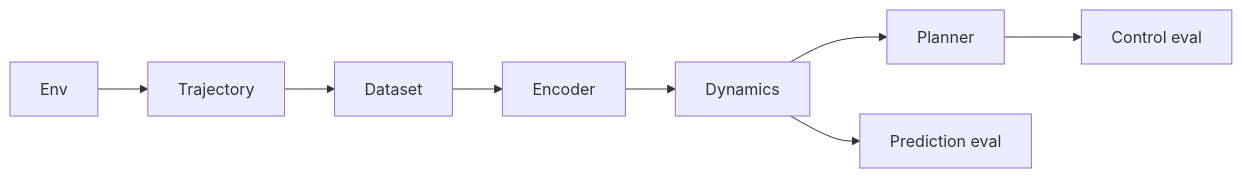
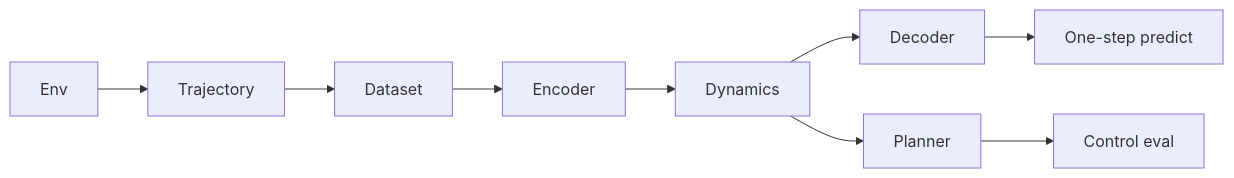
The diagram in docs/architecture.md (shehbaz0101/worldforge), drawn with Mermaid before and after one commit. The commit also changed other lines of this file and 18 other files, not shown here.

````diff
--- a/docs/architecture.md
+++ b/docs/architecture.md
@@ -12,10 +12,11 @@
 ```mermaid
 flowchart LR
   env[Env] --> traj[Trajectory]
   traj --> dataset[Dataset]
   dataset --> encoder[Encoder]
   encoder --> dynamics[Dynamics]
+  dynamics --> decoder[Decoder]
+  decoder --> predict[One-step predict]
   dynamics --> planner[Planner]
-  dynamics --> predict[Prediction eval]
   planner --> control[Control eval]
 ```
````
